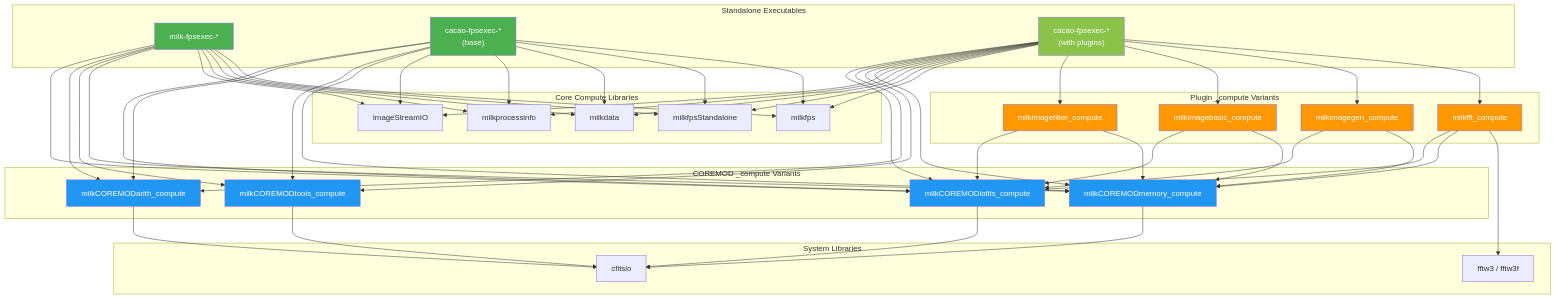
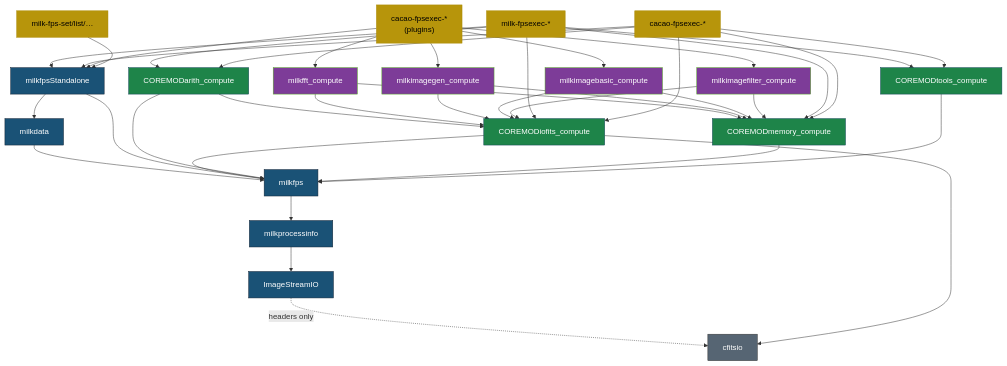
The third of 3 diagrams in docs/dependency_graph.md (milk-org/milk), drawn with Mermaid before and after one commit. The commit also changed other lines of this file, not shown here.

Commit message:
feat: Add comprehensive dependency graphs for Milk and Cacao, detailing core, plugins, and standalone build configurations.

````diff
--- a/docs/dependency_graph.md
+++ b/docs/dependency_graph.md
@@ -5,61 +192,70 @@
 ```mermaid
 graph TD
-    subgraph "Standalone Executables"
-        MILK_EXE["milk-fpsexec-*"]
-        CACAO_EXE["cacao-fpsexec-*<br/>(base)"]
-        CACAO_PLUG["cacao-fpsexec-*<br/>(with plugins)"]
-    end
+    CFITSIO["cfitsio"]:::ext
+    ISIO["ImageStreamIO"]:::core
+    PROCINFO["milkprocessinfo"]:::core
+    FPS["milkfps"]:::core
+    MILKDATA["milkdata"]:::core
+    FPSSA["milkfpsStandalone"]:::core
 
-    subgraph "Core Compute Libraries"
-        MILKFPS["milkfps"]
-        MILKFPS_SA["milkfpsStandalone"]
-        MILKDATA["milkdata"]
-        PROCINFO["milkprocessinfo"]
-        ISIO["ImageStreamIO"]
-    end
+    ARITH_C["COREMODarith_compute"]:::compute
+    IOFITS_C["COREMODiofits_compute"]:::compute
+    MEMORY_C["COREMODmemory_compute"]:::compute
+    TOOLS_C["COREMODtools_compute"]:::compute
 
-    subgraph "COREMOD _compute Variants"
-        MEM_C["milkCOREMODmemory_compute"]
-        TOOLS_C["milkCOREMODtools_compute"]
-        ARITH_C["milkCOREMODarith_compute"]
-        IOFITS_C["milkCOREMODiofits_compute"]
-    end
+    FFT_C["milkfft_compute"]:::plugcomp
+    IMGGEN_C["milkimagegen_compute"]:::plugcomp
+    IMGBASIC_C["milkimagebasic_compute"]:::plugcomp
+    IMGFILT_C["milkimagefilter_compute"]:::plugcomp
 
-    subgraph "Plugin _compute Variants"
-        FFT_C["milkfft_compute"]
-        IMGGEN_C["milkimagegen_compute"]
-        IMGBASIC_C["milkimagebasic_compute"]
-        IMGFILT_C["milkimagefilter_compute"]
-    end
+    MILKEXE["milk-fpsexec-*"]:::exe
+    CACAOEXE["cacao-fpsexec-*"]:::exe
+    CACAOEXE_P["cacao-fpsexec-*\n(plugins)"]:::exe
+    FPSTOOLS["milk-fps-set/list/…"]:::exe
 
-    subgraph "System Libraries"
-        CFITSIO["cfitsio"]
-        FFTW["fftw3 / fftw3f"]
-    end
+    ISIO -.->|headers only| CFITSIO
+    PROCINFO --> ISIO
+    FPS --> PROCINFO
+    MILKDATA --> FPS
+    FPSSA --> FPS
+    FPSSA --> MILKDATA
 
-    MILK_EXE --> MILKFPS & MILKFPS_SA & MILKDATA & PROCINFO & ISIO
-    MILK_EXE --> MEM_C & TOOLS_C & ARITH_C & IOFITS_C
+    IOFITS_C --> CFITSIO
+    IOFITS_C --> FPS
+    ARITH_C --> FPS
+    ARITH_C --> IOFITS_C
+    MEMORY_C --> FPS
+    TOOLS_C --> FPS
 
-    CACAO_EXE --> MILKFPS & MILKFPS_SA & MILKDATA & PROCINFO & ISIO
-    CACAO_EXE --> MEM_C & TOOLS_C & ARITH_C & IOFITS_C
+    FFT_C --> MEMORY_C
+    FFT_C --> IOFITS_C
+    IMGGEN_C --> MEMORY_C
+    IMGGEN_C --> IOFITS_C
+    IMGBASIC_C --> MEMORY_C
+    IMGBASIC_C --> IOFITS_C
+    IMGFILT_C --> MEMORY_C
+    IMGFILT_C --> IOFITS_C
 
-    CACAO_PLUG --> FFT_C & IMGGEN_C & IMGBASIC_C & IMGFILT_C
-    CACAO_PLUG --> MILKFPS & MILKFPS_SA & MILKDATA & PROCINFO & ISIO
-    CACAO_PLUG --> MEM_C & TOOLS_C & ARITH_C & IOFITS_C
+    MILKEXE --> FPSSA
+    MILKEXE --> ARITH_C
+    MILKEXE --> MEMORY_C
+    MILKEXE --> TOOLS_C
+    MILKEXE --> IOFITS_C
+    CACAOEXE --> FPSSA
+    CACAOEXE --> ARITH_C
+    CACAOEXE --> MEMORY_C
+    CACAOEXE --> TOOLS_C
+    CACAOEXE --> IOFITS_C
+    CACAOEXE_P --> FPSSA
+    CACAOEXE_P --> FFT_C
+    CACAOEXE_P --> IMGGEN_C
+    CACAOEXE_P --> IMGBASIC_C
+    CACAOEXE_P --> IMGFILT_C
+    FPSTOOLS --> FPSSA
 
-    MEM_C & TOOLS_C & ARITH_C & IOFITS_C --> CFITSIO
-    FFT_C --> FFTW
-    FFT_C & IMGGEN_C & IMGBASIC_C & IMGFILT_C --> MEM_C & IOFITS_C
-
-    style MILK_EXE fill:#4CAF50,color:white
-    style CACAO_EXE fill:#4CAF50,color:white
-    style CACAO_PLUG fill:#8BC34A,color:white
-    style FFT_C fill:#FF9800,color:white
-    style IMGGEN_C fill:#FF9800,color:white
-    style IMGBASIC_C fill:#FF9800,color:white
-    style IMGFILT_C fill:#FF9800,color:white
-    style MEM_C fill:#2196F3,color:white
-    style TOOLS_C fill:#2196F3,color:white
-    style ARITH_C fill:#2196F3,color:white
-    style IOFITS_C fill:#2196F3,color:white
+    classDef ext fill:#566573,stroke:#333,color:#fff
+    classDef core fill:#1a5276,stroke:#123,color:#fff
+    classDef compute fill:#1e8449,stroke:#145,color:#fff
+    classDef plugcomp fill:#7d3c98,stroke:#5a2,color:#fff
+    classDef exe fill:#b7950b,stroke:#a80,color:#000
 ```
````
